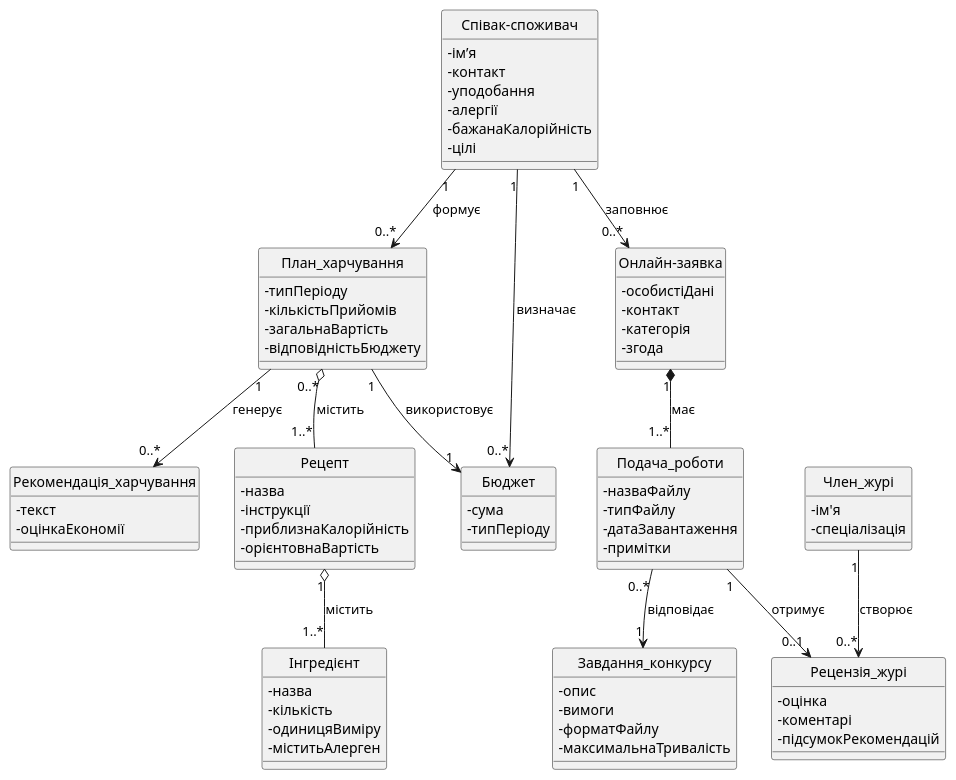
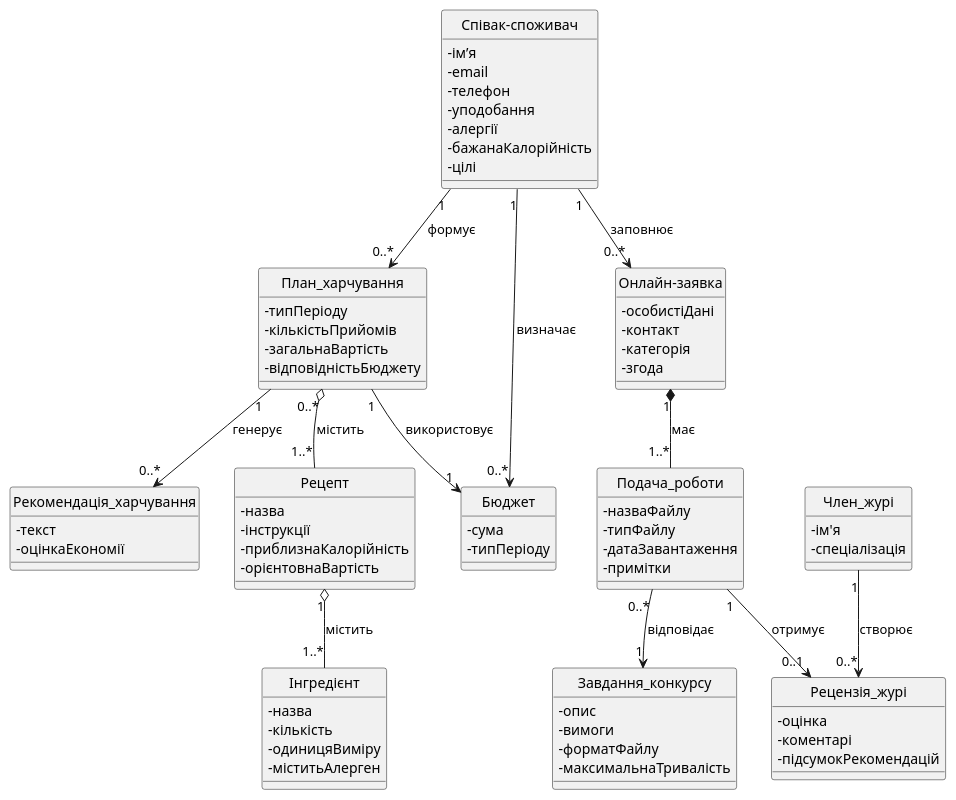
One commit to Liudmyla11/lab3 changed the diagram in ConceptClasses.puml. Above: the diagram before and after it, drawn with PlantUML.

```diff
--- a/ConceptClasses.puml
+++ b/ConceptClasses.puml
@@ -1,90 +1,91 @@
 @startuml
 skinparam classAttributeIconSize 0
 hide circle
 
 class "Співак-споживач" as User {
   - ім’я
-  - контакт
+  - email
+  - телефон
   - уподобання
   - алергії
   - бажанаКалорійність
   - цілі
 }
 
 class "План_харчування" as MealPlan {
   - типПеріоду
   - кількістьПрийомів
   - загальнаВартість
   - відповідністьБюджету
 }
 
 class "Рецепт" as Recipe {
   - назва
   - інструкції
   - приблизнаКалорійність
   - орієнтовнаВартість
 }
 
 class "Інгредієнт" as Ingredient {
   - назва
   - кількість
   - одиницяВиміру 
   - міститьАлерген
 }
 
 class "Бюджет" as Budget {
   - сума
   - типПеріоду
 }
 
 class "Рекомендація_харчування" as NutritionRecommendation {
   - текст
   - оцінкаЕкономії
 }
 
 class "Онлайн-заявка" as Application {
   - особистіДані
   - контакт
   - категорія
   - згода
 }
 
 class "Завдання_конкурсу" as ContestTask {
   - опис
   - вимоги
   - форматФайлу
   - максимальнаТривалість
 }
 
 class "Подача_роботи" as Submission {
   - назваФайлу
   - типФайлу
   - датаЗавантаження
   - примітки
 }
 
 class "Член_журі" as JuryMember {
   - ім'я
   - спеціалізація
 }
 
 class "Рецензія_журі" as JuryReview {
   - оцінка
   - коментарі
   - підсумокРекомендацій
 }
 
 User "1" --> "0..*" MealPlan : формує
 MealPlan "0..*" o-- "1..*" Recipe : містить
 Recipe "1" o-- "1..*" Ingredient : містить
 MealPlan "1" --> "1" Budget : використовує
 User "1" --> "0..*" Budget : визначає
 MealPlan "1" --> "0..*" NutritionRecommendation : генерує
 
 User "1" --> "0..*" Application : заповнює
 Application "1" *-- "1..*" Submission : має
 Submission "0..*" --> "1" ContestTask : відповідає
 Submission "1" --> "0..1" JuryReview : отримує
 
 JuryMember "1" --> "0..*" JuryReview : створює
 @enduml
```
